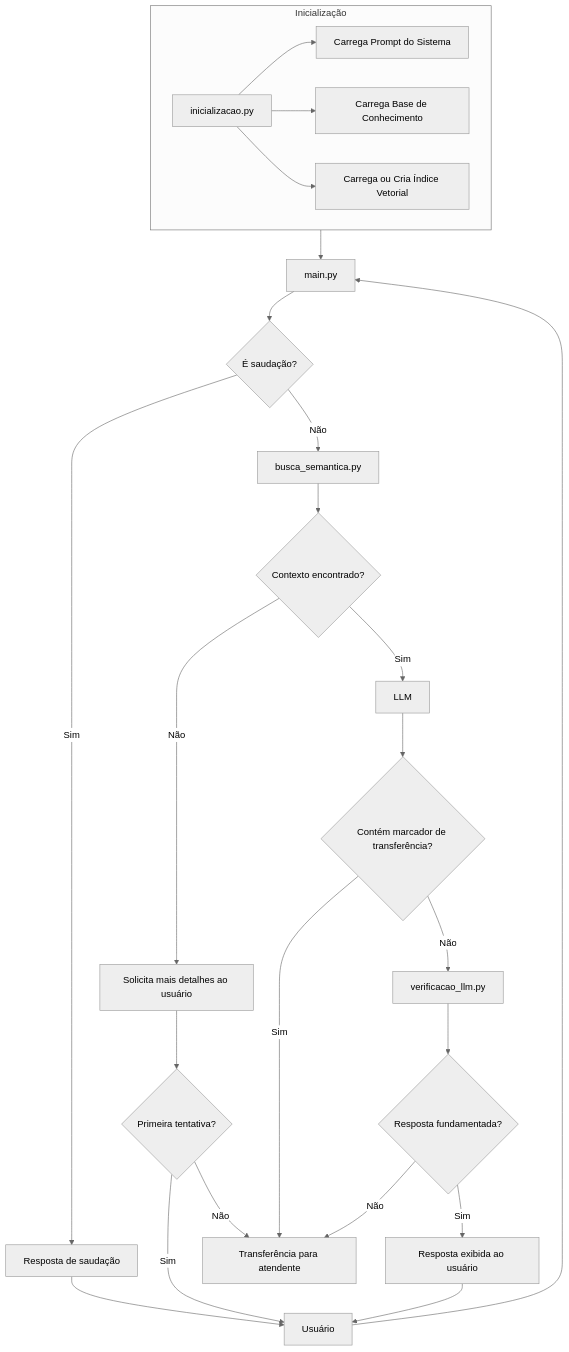
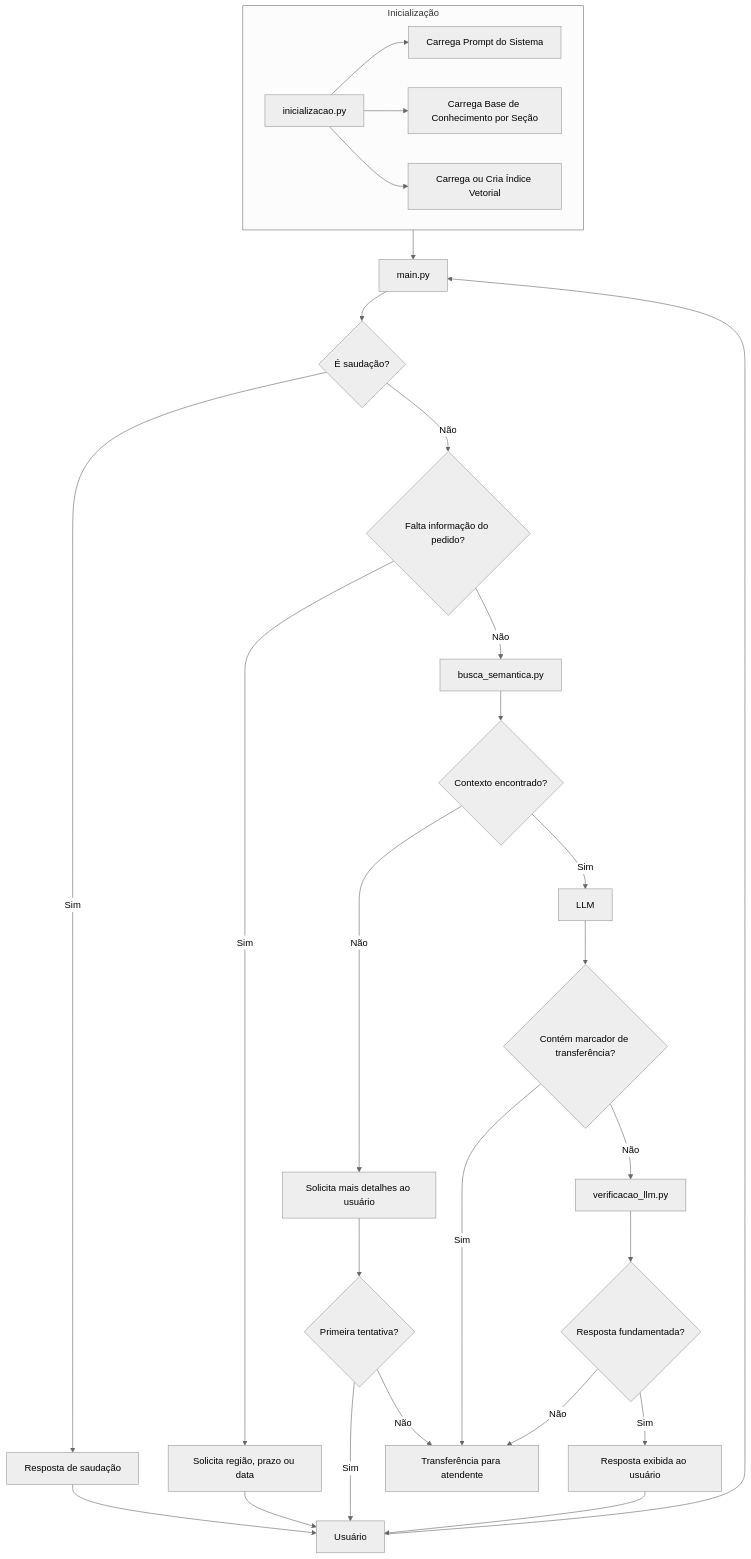
One commit to igormuccio/max-assistente changed the diagram in README.md. Above: the diagram before and after it, drawn with Mermaid (neutral theme). The commit also changed other lines of this file, not shown here.

Commit message:
Atualiza README com verificação de informação suficiente e eval set

````diff
--- a/README.md
+++ b/README.md
@@ -55,36 +63,40 @@
 ```mermaid
 flowchart TD
     Usuario[Usuário]
     mainpy[main.py]
 
     subgraph Inicializacao [Inicialização]
         inicializacaopy[inicializacao.py] --> CarregaPrompt[Carrega Prompt do Sistema]
-        inicializacaopy --> CarregaBase[Carrega Base de Conhecimento]
+        inicializacaopy --> CarregaBase[Carrega Base de Conhecimento por Seção]
         inicializacaopy --> CarregaIndice[Carrega ou Cria Índice Vetorial]
     end
 
     Inicializacao --> mainpy
     Usuario --> mainpy
     mainpy --> Saudacao{É saudação?}
 
     Saudacao -->|Sim| RespostaSaudacao[Resposta de saudação]
     RespostaSaudacao --> Usuario
 
-    Saudacao -->|Não| buscapy[busca_semantica.py]
+    Saudacao -->|Não| FaltaInfo{Falta informação do pedido?}
+    FaltaInfo -->|Sim| SolicitaInfo[Solicita região, prazo ou data]
+    SolicitaInfo --> Usuario
+
+    FaltaInfo -->|Não| buscapy[busca_semantica.py]
     buscapy --> ContextoEncontrado{Contexto encontrado?}
 
     ContextoEncontrado -->|Não| SolicitaDetalhes[Solicita mais detalhes ao usuário]
     SolicitaDetalhes --> PrimeiraTentativa{Primeira tentativa?}
     PrimeiraTentativa -->|Sim| Usuario
     PrimeiraTentativa -->|Não| Transferencia[Transferência para atendente]
 
     ContextoEncontrado -->|Sim| LLM[LLM]
     LLM --> MarcadorTransferencia{Contém marcador de transferência?}
     MarcadorTransferencia -->|Sim| Transferencia
     MarcadorTransferencia -->|Não| verificacaopy[verificacao_llm.py]
 
     verificacaopy --> RespostaFundamentada{Resposta fundamentada?}
     RespostaFundamentada -->|Não| Transferencia
     RespostaFundamentada -->|Sim| RespostaExibida[Resposta exibida ao usuário]
     RespostaExibida --> Usuario
 ```
````
